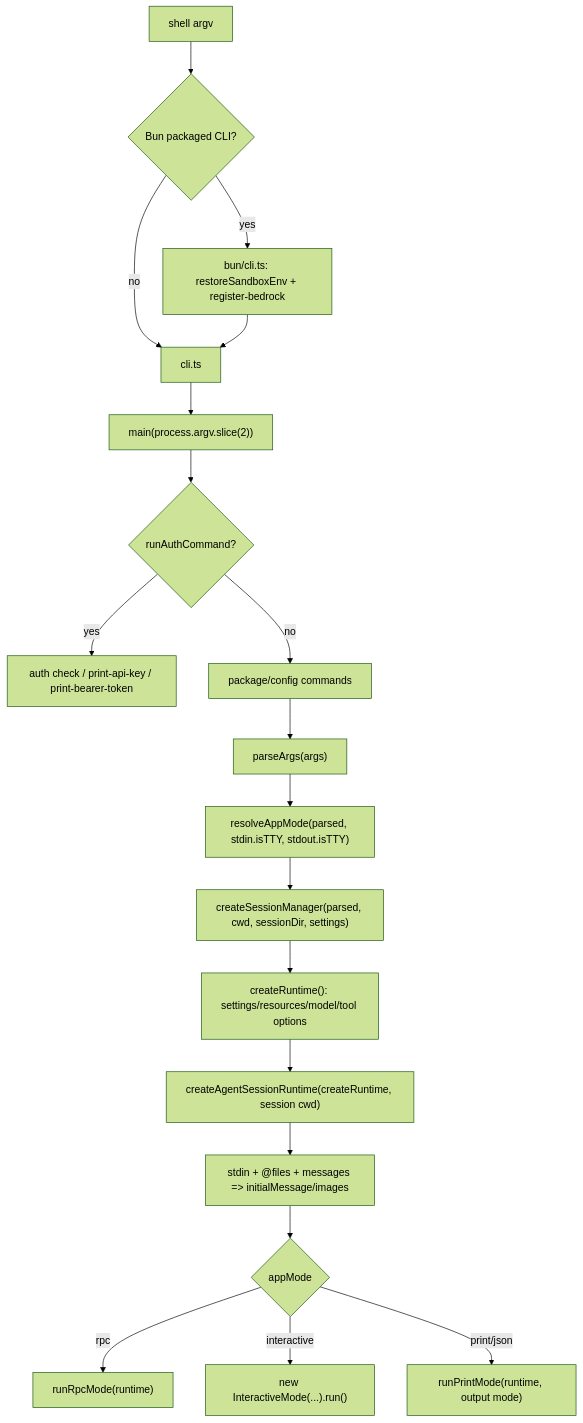
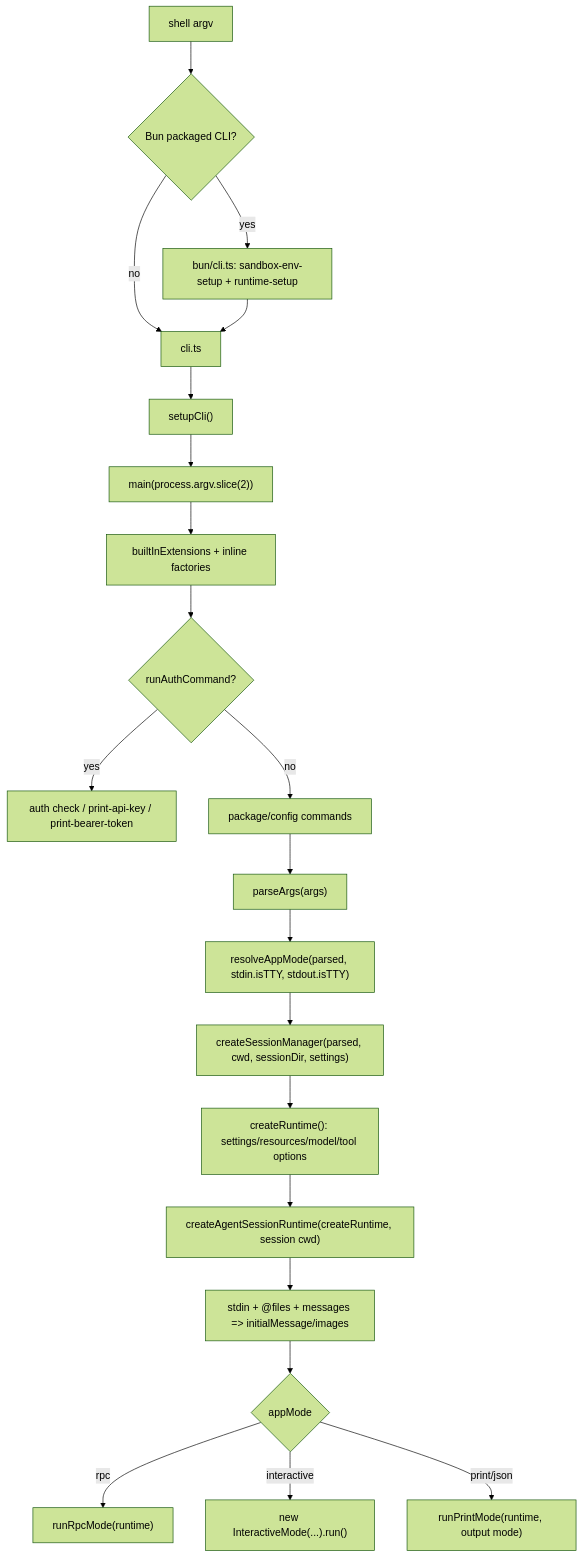
Before and after one commit to wdnmdtonyma/SOTA-Agent-LLM-Wiki: the diagram in docs/llm-wiki/pi/spine/process-lifecycle.md, drawn with Mermaid (forest theme). The commit also changed other lines of this file and 213 other files, not shown here.

````diff
--- a/docs/llm-wiki/pi/spine/process-lifecycle.md
+++ b/docs/llm-wiki/pi/spine/process-lifecycle.md
@@ -17,21 +17,23 @@
 ```mermaid
 flowchart TD
   Shell["shell argv"] --> Bun{"Bun packaged CLI?"}
-  Bun -->|yes| BunShim["bun/cli.ts: restoreSandboxEnv + register-bedrock"]
+  Bun -->|yes| BunShim["bun/cli.ts: sandbox-env-setup + runtime-setup"]
   Bun -->|no| NodeCli["cli.ts"]
   BunShim --> NodeCli
-  NodeCli --> Main["main(process.argv.slice(2))"]
-  Main --> Auth{"runAuthCommand?"}
+  NodeCli --> Setup["setupCli()"]
+  Setup --> Main["main(process.argv.slice(2))"]
+  Main --> Ext["builtInExtensions + inline factories"]
+  Ext --> Auth{"runAuthCommand?"}
   Auth -->|yes| AuthExit["auth check / print-api-key / print-bearer-token"]
   Auth -->|no| Early["package/config commands"]
   Early --> Parse["parseArgs(args)"]
   Parse --> Mode["resolveAppMode(parsed, stdin.isTTY, stdout.isTTY)"]
   Mode --> Session["createSessionManager(parsed, cwd, sessionDir, settings)"]
   Session --> RuntimeFactory["createRuntime(): settings/resources/model/tool options"]
   RuntimeFactory --> Runtime["createAgentSessionRuntime(createRuntime, session cwd)"]
   Runtime --> Input["stdin + @files + messages => initialMessage/images"]
   Input --> Dispatch{"appMode"}
   Dispatch -->|rpc| Rpc["runRpcMode(runtime)"]
   Dispatch -->|interactive| Interactive["new InteractiveMode(...).run()"]
   Dispatch -->|print/json| Print["runPrintMode(runtime, output mode)"]
 ```
````
